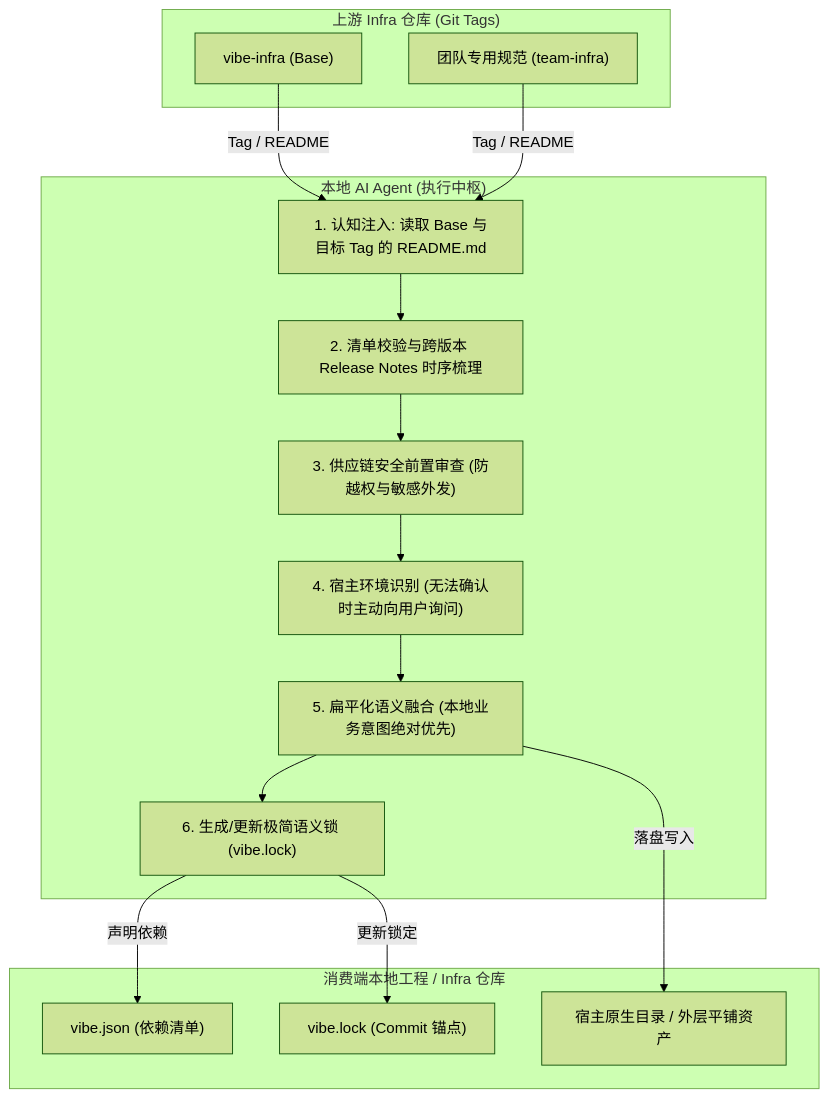
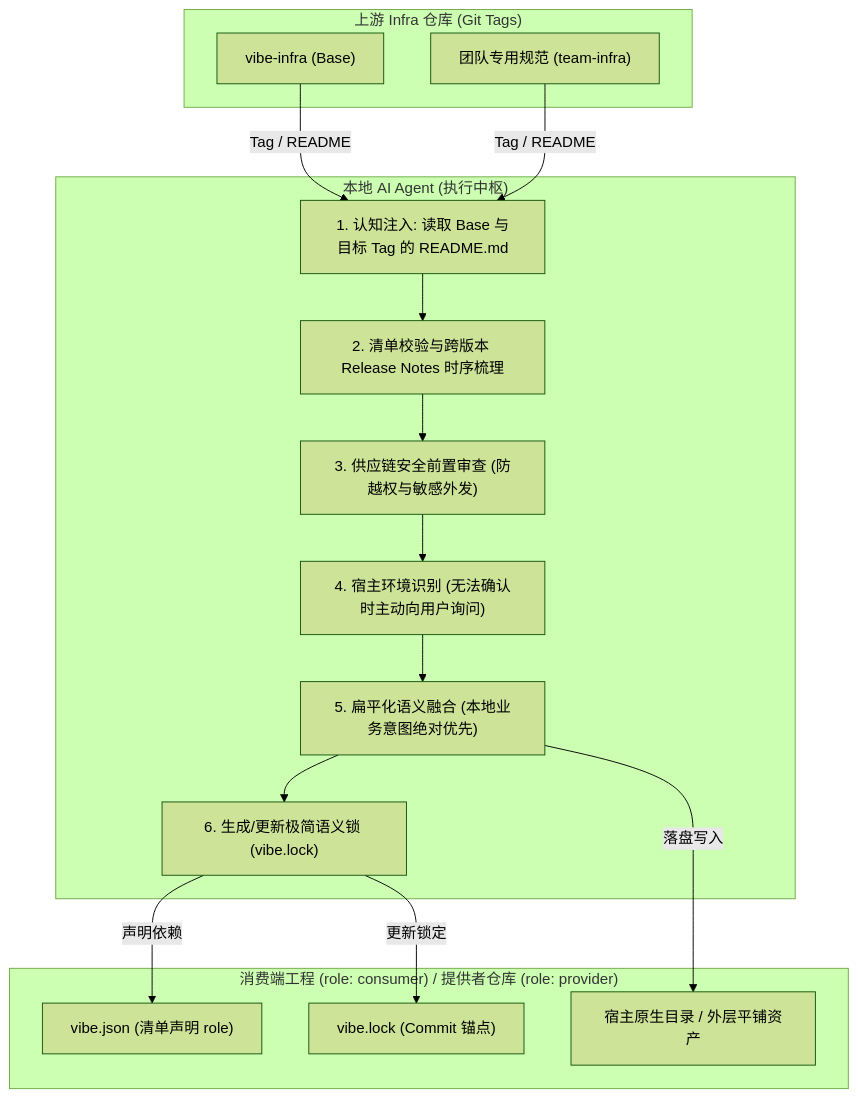
Before and after one commit to seho-dev/vibe-infra: the diagram in README.zh-CN.md, drawn with Mermaid (forest theme). The commit also changed other lines of this file and 7 other files, not shown here.

Commit message:
feat(spec): differentiate consumer and provider roles in schema, manifests, and onboarding prompts

````diff
--- a/README.zh-CN.md
+++ b/README.zh-CN.md
@@ -29,33 +29,33 @@
 ```mermaid
 flowchart TD
     subgraph Upstream ["上游 Infra 仓库 (Git Tags)"]
         BaseInfra["vibe-infra (Base)"]
         TeamInfra["团队专用规范 (team-infra)"]
     end
 
     subgraph AgentEngine ["本地 AI Agent (执行中枢)"]
         Context["1. 认知注入: 读取 Base 与目标 Tag 的 README.md"]
         Verify["2. 清单校验与跨版本 Release Notes 时序梳理"]
         Audit["3. 供应链安全前置审查 (防越权与敏感外发)"]
         HarnessDetect["4. 宿主环境识别 (无法确认时主动向用户询问)"]
         SemanticMerge["5. 扁平化语义融合 (本地业务意图绝对优先)"]
         LockGen["6. 生成/更新极简语义锁 (vibe.lock)"]
     end
 
-    subgraph LocalProject ["消费端本地工程 / Infra 仓库"]
-        VibeJson["vibe.json (依赖清单)"]
+    subgraph LocalProject ["消费端工程 (role: consumer) / 提供者仓库 (role: provider)"]
+        VibeJson["vibe.json (清单声明 role)"]
         VibeLock["vibe.lock (Commit 锚点)"]
         TargetDir["宿主原生目录 / 外层平铺资产"]
     end
 
     BaseInfra -->|"Tag / README"| Context
     TeamInfra -->|"Tag / README"| Context
     Context --> Verify
     Verify --> Audit
     Audit --> HarnessDetect
     HarnessDetect --> SemanticMerge
     SemanticMerge --> LockGen
     LockGen -->|"更新锁定"| VibeLock
     LockGen -->|"声明依赖"| VibeJson
     SemanticMerge -->|"落盘写入"| TargetDir
 ```
````
